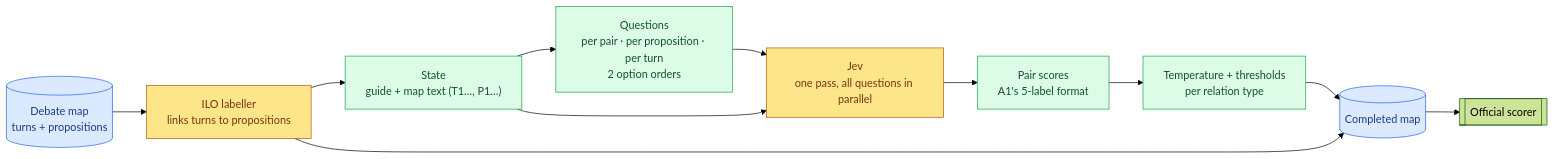
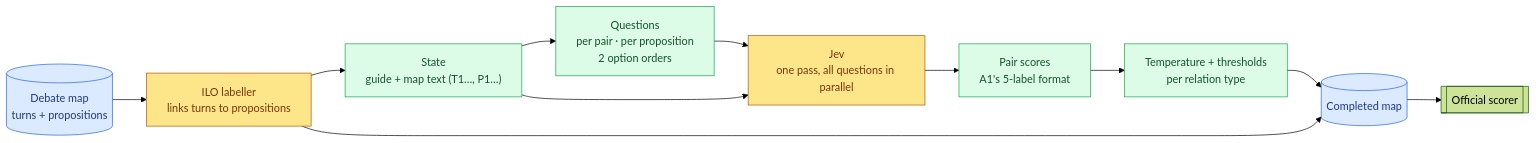
Before and after one commit to KuuNL/Argument-Mining: the diagram in reports/A4-jev.md, drawn with Mermaid (forest theme). The commit also changed other lines of this file and 34 other files, not shown here.

````diff
--- a/reports/A4-jev.md
+++ b/reports/A4-jev.md
@@ -41,19 +41,19 @@
 ```mermaid
 flowchart LR
   map_in[("Debate map<br/>turns + propositions")] --> lab["ILO labeller<br/>links turns to propositions"]
   lab --> ser["State<br/>guide + map text (T1…, P1…)"]
-  ser --> qb["Questions<br/>per pair · per proposition · per turn<br/>2 option orders"]
+  ser --> qb["Questions<br/>per pair · per proposition<br/>2 option orders"]
   qb --> jev["Jev<br/>one pass, all questions in parallel"]
   ser --> jev
   jev --> sc["Pair scores<br/>A1's 5-label format"]
   sc --> dec["Temperature + thresholds<br/>per relation type"]
   dec --> out[("Completed map")]
   lab --> out
   out --> scorer[["Official scorer"]]
   classDef data fill:#dbeafe,stroke:#2563eb,color:#1e3a8a
   classDef step fill:#dcfce7,stroke:#16a34a,color:#14532d
   classDef model fill:#fde68a,stroke:#b45309,color:#78350f
   class map_in,out data
   class ser,qb,sc,dec step
   class lab,jev model
 ```
````
